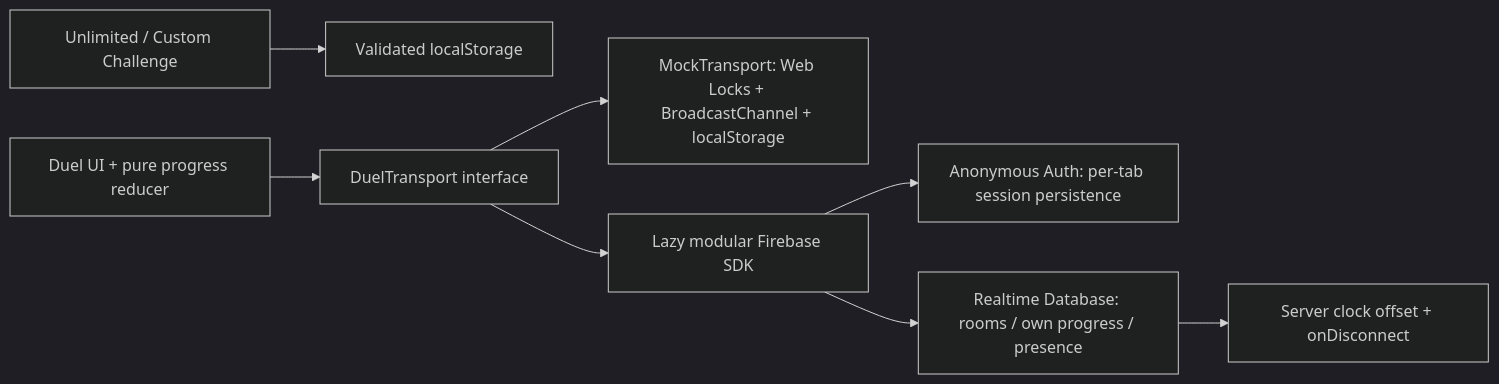
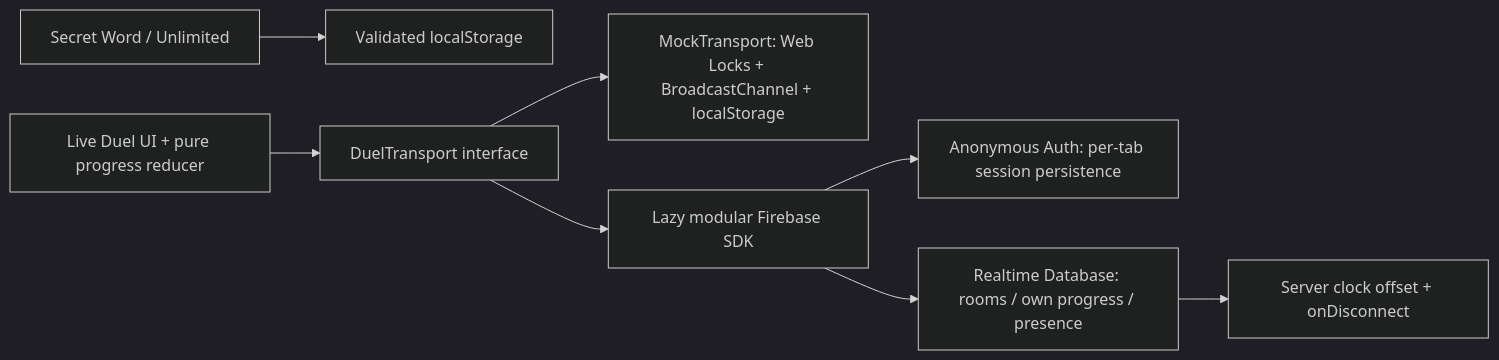
Before and after one commit to KINGKK-007/wordle: the diagram in README.md, drawn with Mermaid (dark theme). The commit also changed other lines of this file and 2 other files, not shown here.

````diff
--- a/README.md
+++ b/README.md
@@ -42,10 +46,10 @@
 ```mermaid
 flowchart LR
-  Solo[Unlimited / Custom Challenge] --> Local[Validated localStorage]
-  Duel[Duel UI + pure progress reducer] --> Transport[DuelTransport interface]
+  Solo[Secret Word / Unlimited] --> Local[Validated localStorage]
+  Duel[Live Duel UI + pure progress reducer] --> Transport[DuelTransport interface]
   Transport --> Mock[MockTransport: Web Locks + BroadcastChannel + localStorage]
   Transport --> Firebase[Lazy modular Firebase SDK]
   Firebase --> Auth[Anonymous Auth: per-tab session persistence]
   Firebase --> RTDB[Realtime Database: rooms / own progress / presence]
   RTDB --> Clock[Server clock offset + onDisconnect]
 ```
````
